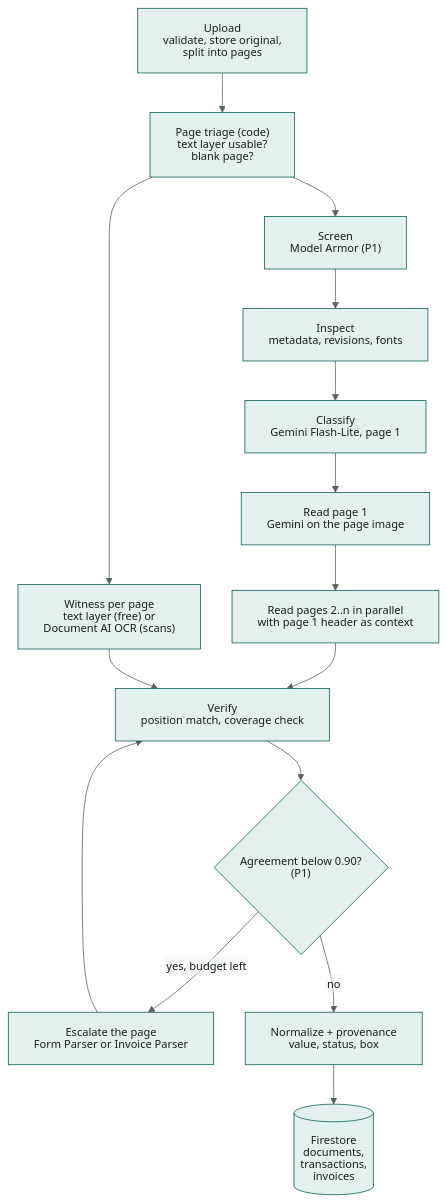
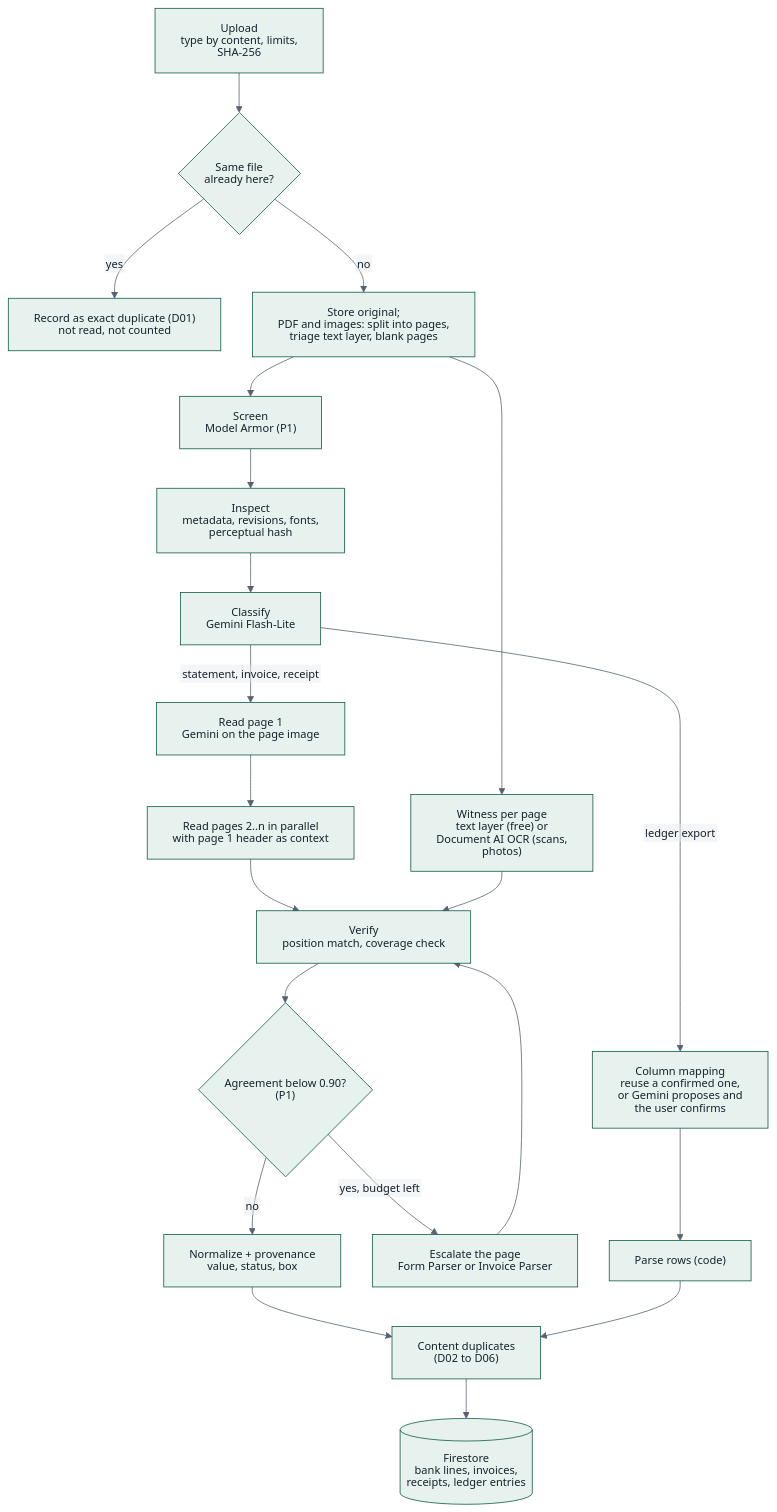
The diagram in docs/07-document-intelligence.md (fadlytanjung/kredibel), drawn with Mermaid before and after one commit. The commit also changed other lines of this file and 245 other files, not shown here.

````diff
--- a/docs/07-document-intelligence.md
+++ b/docs/07-document-intelligence.md
@@ -34,18 +37,24 @@
 ```mermaid
-%%{init: {"theme": "base", "themeVariables": {"fontFamily": "Arial, Helvetica, sans-serif", "fontSize": "14px", "primaryColor": "#E3F1EE", "primaryBorderColor": "#0F5E56", "primaryTextColor": "#14201C", "lineColor": "#55625D", "secondaryColor": "#F0F2EF", "tertiaryColor": "#FFFFFF", "clusterBkg": "#F7F8F6", "clusterBorder": "#B8BFB9", "noteBkgColor": "#FEF0C7", "noteTextColor": "#14201C"}, "htmlLabels": false, "flowchart": {"htmlLabels": false, "padding": 16, "nodeSpacing": 40, "rankSpacing": 50, "wrappingWidth": 220}, "sequence": {"wrap": true, "useMaxWidth": true, "noteFontFamily": "Arial, Helvetica, sans-serif", "messageFontFamily": "Arial, Helvetica, sans-serif", "actorFontFamily": "Arial, Helvetica, sans-serif"}}}%%
+%%{init: {"theme": "base", "themeVariables": {"fontFamily": "Arial, Helvetica, sans-serif", "fontSize": "14px", "primaryColor": "#E7F2EE", "primaryBorderColor": "#0E5A47", "primaryTextColor": "#16212B", "lineColor": "#56636F", "secondaryColor": "#E8ECEE", "tertiaryColor": "#FFFFFF", "clusterBkg": "#F2F4F5", "clusterBorder": "#B9C2CA", "noteBkgColor": "#FFF5D6", "noteTextColor": "#16212B"}, "htmlLabels": false, "flowchart": {"htmlLabels": false, "padding": 16, "nodeSpacing": 40, "rankSpacing": 50, "wrappingWidth": 220}, "sequence": {"wrap": true, "useMaxWidth": true, "noteFontFamily": "Arial, Helvetica, sans-serif", "messageFontFamily": "Arial, Helvetica, sans-serif", "actorFontFamily": "Arial, Helvetica, sans-serif"}}}%%
 flowchart TB
-    up["Upload<br/>validate, store original,<br/>split into pages"] --> tri["Page triage (code)<br/>text layer usable?<br/>blank page?"]
-    tri --> sc["Screen<br/>Model Armor (P1)"]
-    sc --> ins["Inspect<br/>metadata, revisions, fonts"]
-    ins --> cls["Classify<br/>Gemini Flash-Lite, page 1"]
-    cls --> p1["Read page 1<br/>Gemini on the page image"]
+    up["Upload<br/>type by content, limits,<br/>SHA-256"] --> dup{"Same file<br/>already here?"}
+    dup -->|yes| d01["Record as exact duplicate (D01)<br/>not read, not counted"]
+    dup -->|no| split["Store original;<br/>PDF and images: split into pages,<br/>triage text layer, blank pages"]
+    split --> sc["Screen<br/>Model Armor (P1)"]
+    sc --> ins["Inspect<br/>metadata, revisions, fonts,<br/>perceptual hash"]
+    ins --> cls["Classify<br/>Gemini Flash-Lite"]
+    cls -->|"ledger export"| map["Column mapping<br/>reuse a confirmed one,<br/>or Gemini proposes and<br/>the user confirms"]
+    map --> parse["Parse rows (code)"]
+    cls -->|"statement, invoice, receipt"| p1["Read page 1<br/>Gemini on the page image"]
     p1 --> pn["Read pages 2..n in parallel<br/>with page 1 header as context"]
-    tri --> wit["Witness per page<br/>text layer (free) or<br/>Document AI OCR (scans)"]
+    split --> wit["Witness per page<br/>text layer (free) or<br/>Document AI OCR (scans, photos)"]
     pn --> ver["Verify<br/>position match, coverage check"]
     wit --> ver
     ver --> esc{"Agreement below 0.90?<br/>(P1)"}
     esc -->|yes, budget left| docai["Escalate the page<br/>Form Parser or Invoice Parser"]
     docai --> ver
     esc -->|no| norm["Normalize + provenance<br/>value, status, box"]
-    norm --> fs[("Firestore<br/>documents,<br/>transactions,<br/>invoices")]
+    norm --> cd["Content duplicates<br/>(D02 to D06)"]
+    parse --> cd
+    cd --> fs[("Firestore<br/>bank lines, invoices,<br/>receipts, ledger entries")]
 ```
````
